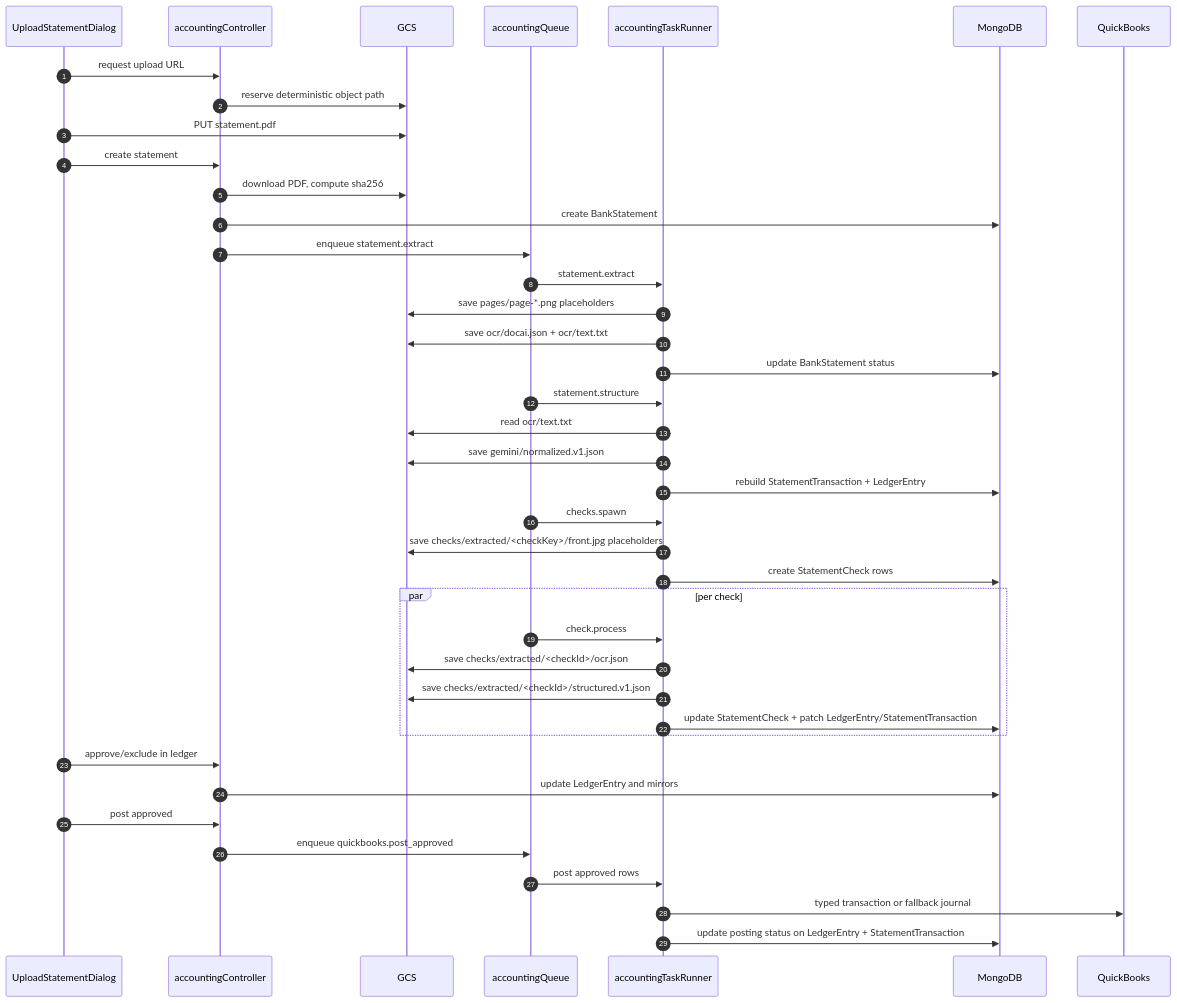
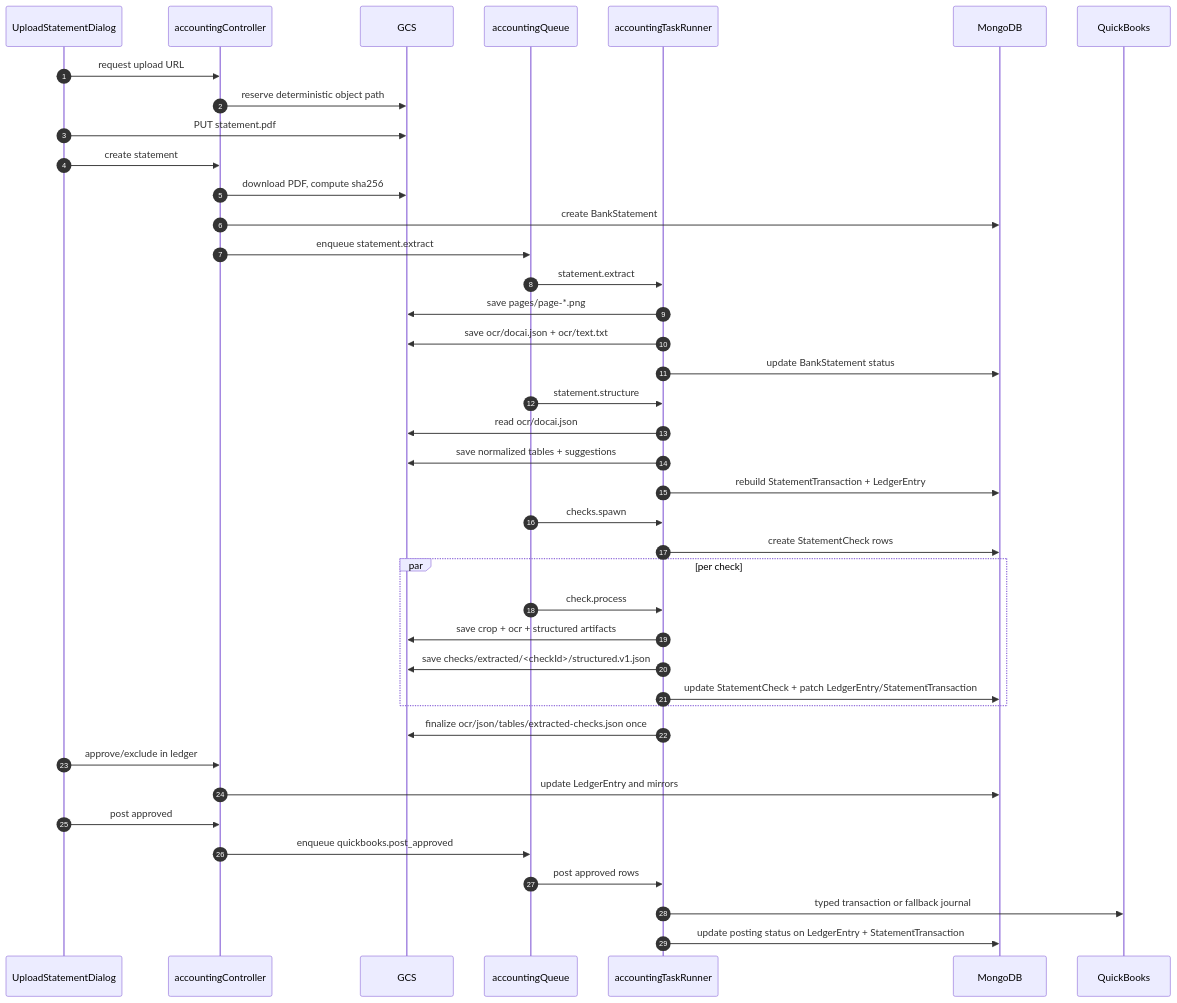
One commit to comp596-spring-2026/RetailSync changed the diagram in docs/accounting/ocr-pipeline-and-storage.md. Above: the diagram before and after it, drawn with Mermaid. The commit also changed other lines of this file and 90 other files, not shown here.

Commit message:
FLOw updated for OCR and pipeline

````diff
--- a/docs/accounting/ocr-pipeline-and-storage.md
+++ b/docs/accounting/ocr-pipeline-and-storage.md
@@ -50,48 +51,49 @@
 ```mermaid
 sequenceDiagram
   autonumber
   participant UI as UploadStatementDialog
   participant API as accountingController
   participant G as GCS
   participant Q as accountingQueue
   participant W as accountingTaskRunner
   participant M as MongoDB
   participant QB as QuickBooks
 
   UI->>API: request upload URL
   API->>G: reserve deterministic object path
   UI->>G: PUT statement.pdf
   UI->>API: create statement
   API->>G: download PDF, compute sha256
   API->>M: create BankStatement
   API->>Q: enqueue statement.extract
 
   Q->>W: statement.extract
-  W->>G: save pages/page-*.png placeholders
+  W->>G: save pages/page-*.png
   W->>G: save ocr/docai.json + ocr/text.txt
   W->>M: update BankStatement status
 
   Q->>W: statement.structure
-  W->>G: read ocr/text.txt
-  W->>G: save gemini/normalized.v1.json
+  W->>G: read ocr/docai.json
+  W->>G: save normalized tables + suggestions
   W->>M: rebuild StatementTransaction + LedgerEntry
 
   Q->>W: checks.spawn
-  W->>G: save checks/extracted/<checkKey>/front.jpg placeholders
   W->>M: create StatementCheck rows
 
   par per check
     Q->>W: check.process
-    W->>G: save checks/extracted/<checkId>/ocr.json
+    W->>G: save crop + ocr + structured artifacts
     W->>G: save checks/extracted/<checkId>/structured.v1.json
     W->>M: update StatementCheck + patch LedgerEntry/StatementTransaction
   end
+
+  W->>G: finalize ocr/json/tables/extracted-checks.json once
 
   UI->>API: approve/exclude in ledger
   API->>M: update LedgerEntry and mirrors
   UI->>API: post approved
   API->>Q: enqueue quickbooks.post_approved
   Q->>W: post approved rows
   W->>QB: typed transaction or fallback journal
   W->>M: update posting status on LedgerEntry + StatementTransaction
 ```
````
